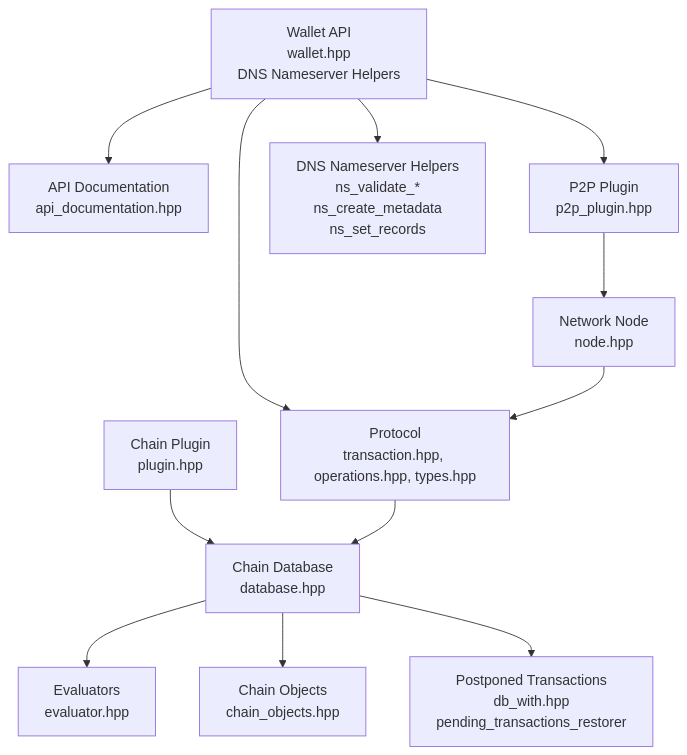
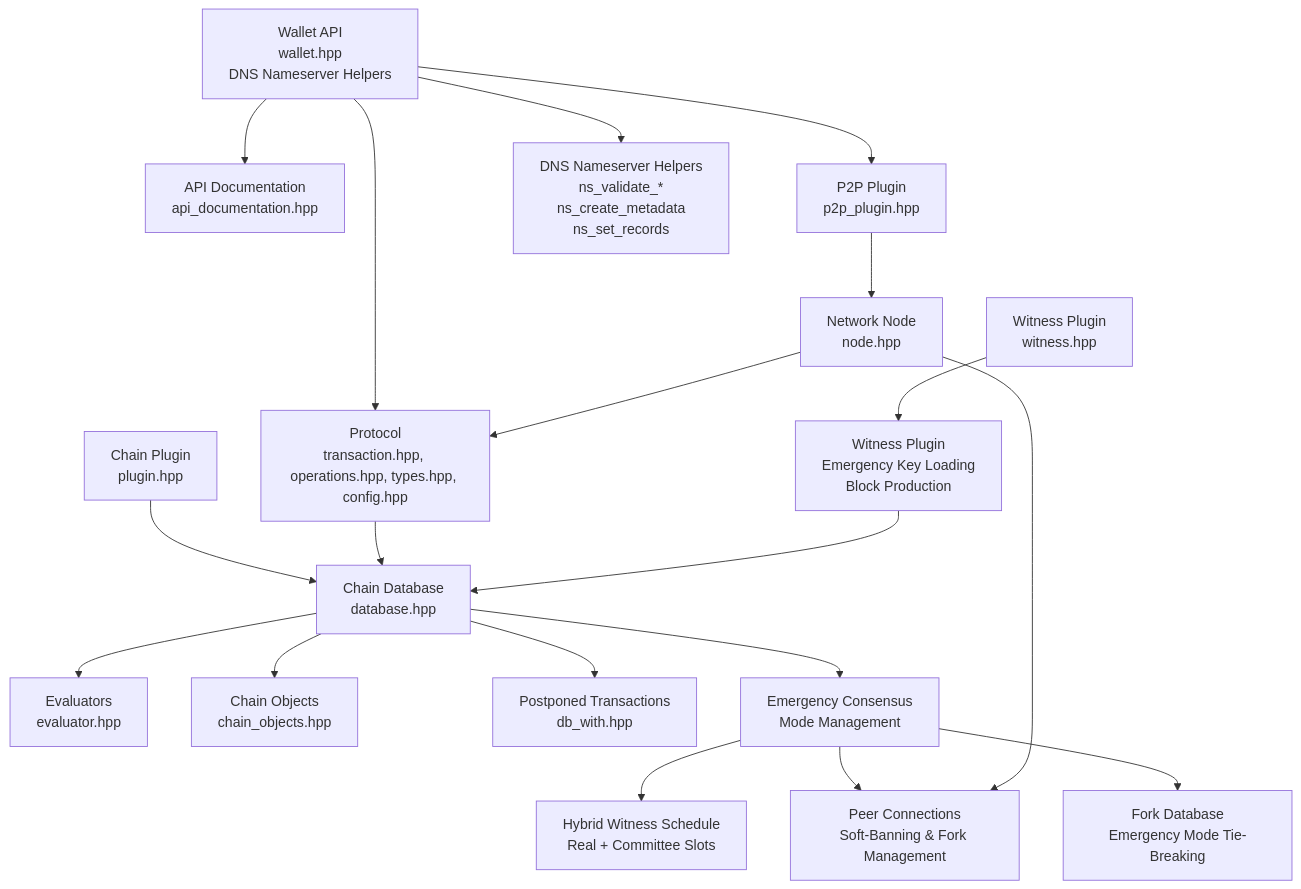
The second of 15 diagrams in .qoder/repowiki/en/content/Core Libraries.md (VIZ-Blockchain/viz-cpp-node), drawn with Mermaid before and after one commit. The commit also changed other lines of this file and 4 other files, not shown here.

First line of the commit message:
feat(hardfork): add HF12 emergency consensus recovery mechanisms

````diff
--- a/.qoder/repowiki/en/content/Core Libraries.md
+++ b/.qoder/repowiki/en/content/Core Libraries.md
@@ -148,25 +180,38 @@
 ```mermaid
 graph TB
 WALLET["Wallet API<br/>wallet.hpp<br/>DNS Nameserver Helpers"]
 API_DOC["API Documentation<br/>api_documentation.hpp"]
-PROTO["Protocol<br/>transaction.hpp, operations.hpp, types.hpp"]
+PROTO["Protocol<br/>transaction.hpp, operations.hpp, types.hpp, config.hpp"]
 CHAIN["Chain Database<br/>database.hpp"]
 EVAL["Evaluators<br/>evaluator.hpp"]
 CHAIN_OBJ["Chain Objects<br/>chain_objects.hpp"]
+DB_WITH["Postponed Transactions<br/>db_with.hpp"]
+EMERGENCY_MODE["Emergency Consensus<br/>Mode Management"]
+HYBRID_SCHED["Hybrid Witness Schedule<br/>Real + Committee Slots"]
+PEER_CONN["Peer Connections<br/>Soft-Banning & Fork Management"]
 NET["Network Node<br/>node.hpp"]
 PL_CHAIN["Chain Plugin<br/>plugin.hpp"]
 PL_P2P["P2P Plugin<br/>p2p_plugin.hpp"]
+PL_WITNESS["Witness Plugin<br/>witness.hpp"]
 DNS_HELPERS["DNS Nameserver Helpers<br/>ns_validate_*<br/>ns_create_metadata<br/>ns_set_records"]
-DB_WITH["Postponed Transactions<br/>db_with.hpp<br/>pending_transactions_restorer"]
+WITNESS_PLUGIN["Witness Plugin<br/>Emergency Key Loading<br/>Block Production"]
+FORK_DB["Fork Database<br/>Emergency Mode Tie-Breaking"]
 WALLET --> API_DOC
 WALLET --> PROTO
 WALLET --> DNS_HELPERS
 WALLET --> PL_P2P
 PL_P2P --> NET
 PL_CHAIN --> CHAIN
+PL_WITNESS --> WITNESS_PLUGIN
 CHAIN --> EVAL
 CHAIN --> CHAIN_OBJ
 CHAIN --> DB_WITH
+CHAIN --> EMERGENCY_MODE
+EMERGENCY_MODE --> HYBRID_SCHED
+EMERGENCY_MODE --> PEER_CONN
+EMERGENCY_MODE --> FORK_DB
 NET --> PROTO
+NET --> PEER_CONN
 PROTO --> CHAIN
+WITNESS_PLUGIN --> CHAIN
 ```
````
